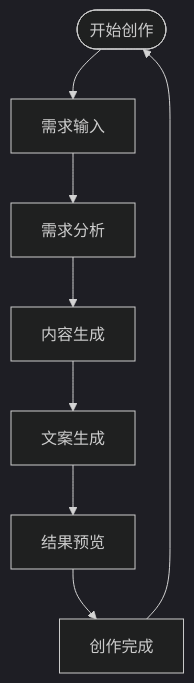
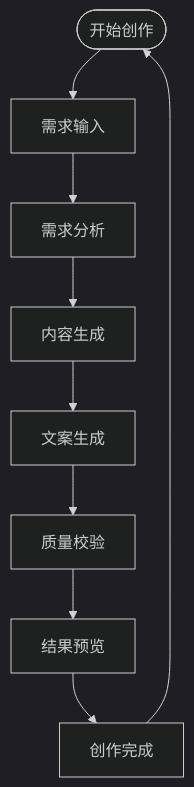
One commit to songdiyang/clawOperations changed the fifth of 17 diagrams in .qoder/repowiki/zh/content/核心模块详解/Web界面系统/AI创作页面.md. Above: the diagram before and after it, drawn with Mermaid (dark theme). The commit also changed other lines of this file and 6 other files, not shown here.

````diff
--- a/.qoder/repowiki/zh/content/核心模块详解/Web界面系统/AI创作页面.md
+++ b/.qoder/repowiki/zh/content/核心模块详解/Web界面系统/AI创作页面.md
@@ -282,10 +307,11 @@
 ```mermaid
 flowchart TD
 Start([开始创作]) --> Step1[需求输入]
 Step1 --> Step2[需求分析]
 Step2 --> Step3[内容生成]
 Step3 --> Step4[文案生成]
-Step4 --> Step5[结果预览]
-Step5 --> Complete[创作完成]
+Step4 --> Step5[质量校验]
+Step5 --> Step6[结果预览]
+Step6 --> Complete[创作完成]
 Complete --> Start
 ```
````
